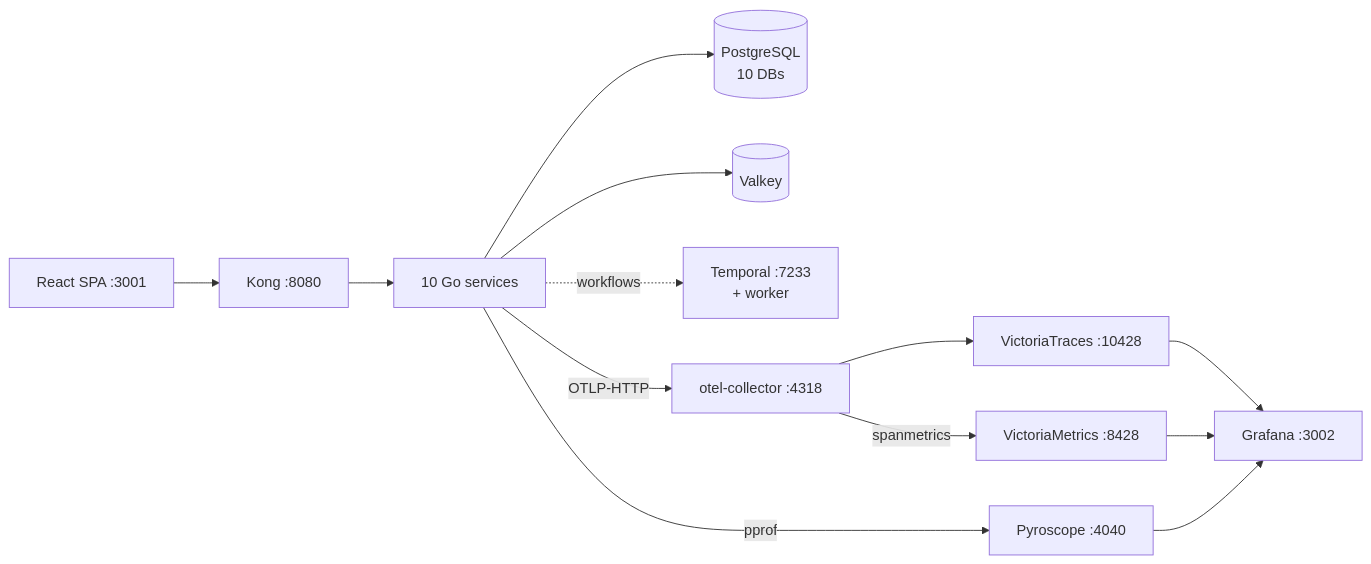
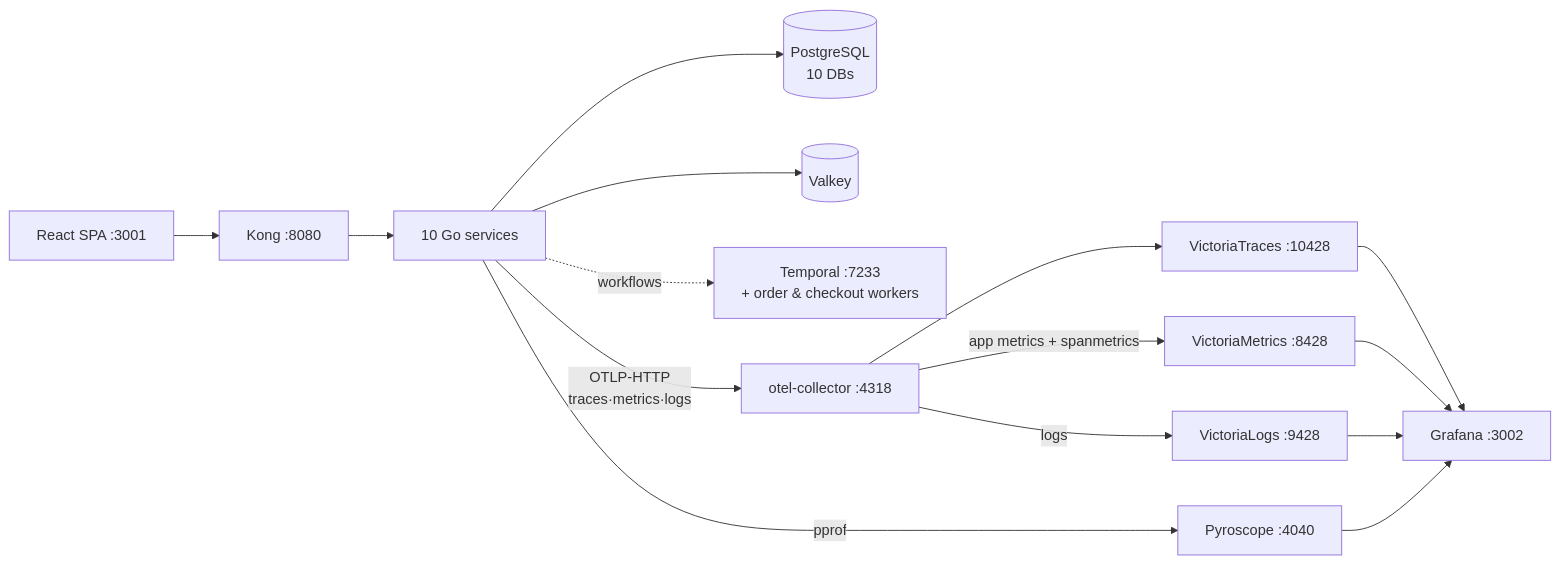
The first of 2 diagrams in local-stack/README.md (duynhlab/homelab), drawn with Mermaid before and after one commit. The commit also changed other lines of this file and 2 other files, not shown here.

````diff
--- a/local-stack/README.md
+++ b/local-stack/README.md
@@ -42,15 +45,17 @@
 ```mermaid
 flowchart LR
     SPA["React SPA :3001"] --> KONG["Kong :8080"]
     KONG --> SVC["10 Go services"]
     SVC --> PG[(PostgreSQL<br/>10 DBs)]
     SVC --> VALKEY[(Valkey)]
-    SVC -. workflows .-> TMP["Temporal :7233<br/>+ worker"]
-    SVC -- "OTLP-HTTP" --> COL["otel-collector :4318"]
+    SVC -. workflows .-> TMP["Temporal :7233<br/>+ order & checkout workers"]
+    SVC -- "OTLP-HTTP<br/>traces·metrics·logs" --> COL["otel-collector :4318"]
     COL --> VT["VictoriaTraces :10428"]
-    COL -->|spanmetrics| VM["VictoriaMetrics :8428"]
+    COL -->|"app metrics + spanmetrics"| VM["VictoriaMetrics :8428"]
+    COL -->|logs| VL["VictoriaLogs :9428"]
     VT --> GRAF["Grafana :3002"]
     VM --> GRAF
+    VL --> GRAF
     SVC -- "pprof" --> PYRO["Pyroscope :4040"]
     PYRO --> GRAF
 ```
````
